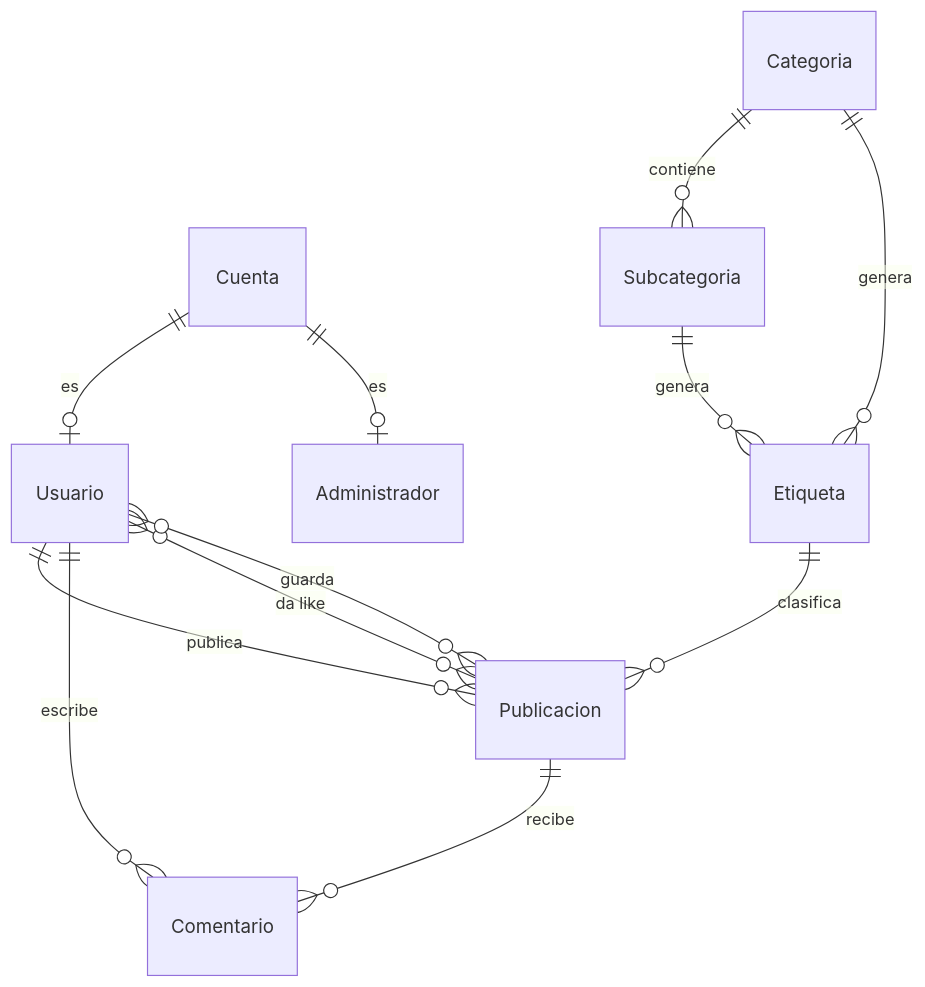
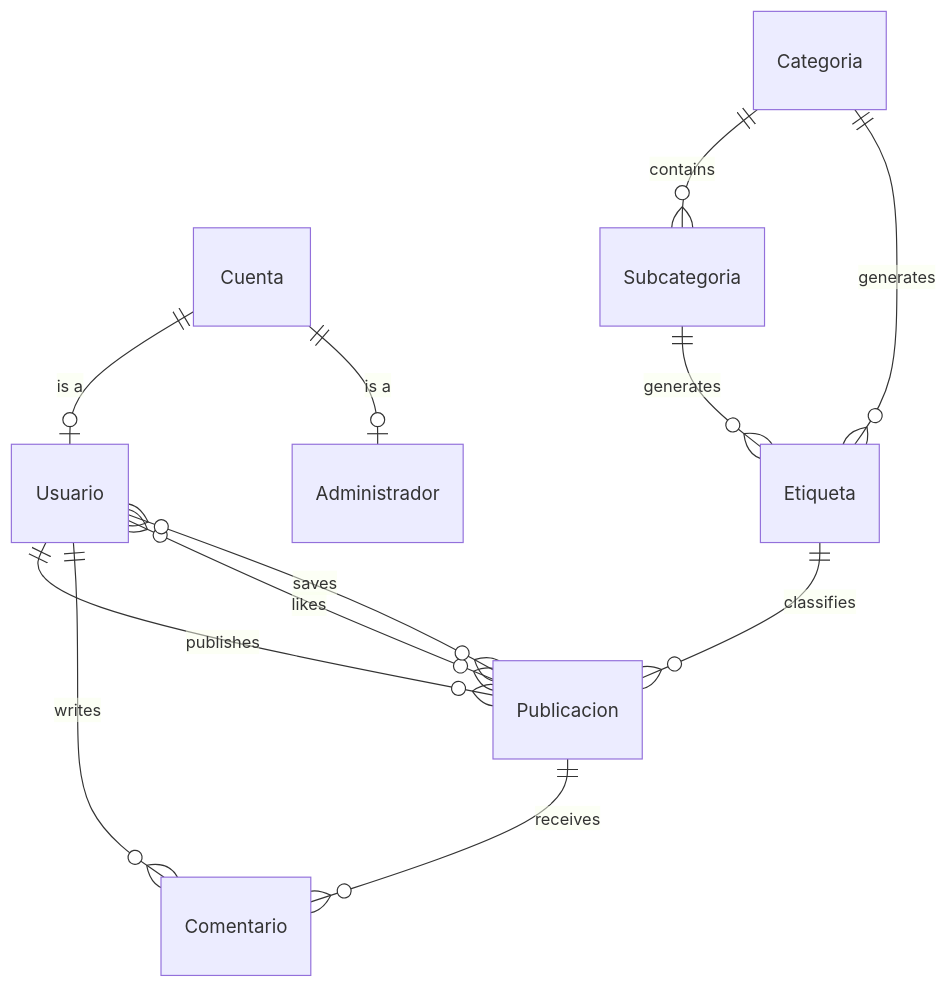
One commit to emermelada/artcenter_api changed the diagram in README.md. Above: the diagram before and after it, drawn with Mermaid. The commit also changed other lines of this file and 2 other files, not shown here.

````diff
--- a/README.md
+++ b/README.md
@@ -122,14 +124,14 @@
 ```mermaid
 erDiagram
-    Cuenta ||--o| Usuario : "es"
-    Cuenta ||--o| Administrador : "es"
-    Categoria ||--o{ Subcategoria : "contiene"
-    Categoria ||--o{ Etiqueta : "genera"
-    Subcategoria ||--o{ Etiqueta : "genera"
-    Usuario ||--o{ Publicacion : "publica"
-    Etiqueta ||--o{ Publicacion : "clasifica"
-    Usuario ||--o{ Comentario : "escribe"
-    Publicacion ||--o{ Comentario : "recibe"
-    Usuario }o--o{ Publicacion : "da like"
-    Usuario }o--o{ Publicacion : "guarda"
+    Cuenta ||--o| Usuario : "is a"
+    Cuenta ||--o| Administrador : "is a"
+    Categoria ||--o{ Subcategoria : "contains"
+    Categoria ||--o{ Etiqueta : "generates"
+    Subcategoria ||--o{ Etiqueta : "generates"
+    Usuario ||--o{ Publicacion : "publishes"
+    Etiqueta ||--o{ Publicacion : "classifies"
+    Usuario ||--o{ Comentario : "writes"
+    Publicacion ||--o{ Comentario : "receives"
+    Usuario }o--o{ Publicacion : "likes"
+    Usuario }o--o{ Publicacion : "saves"
 ```
````
